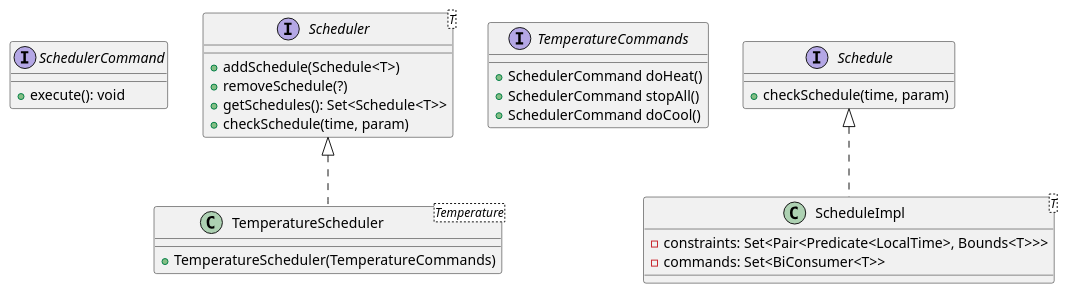
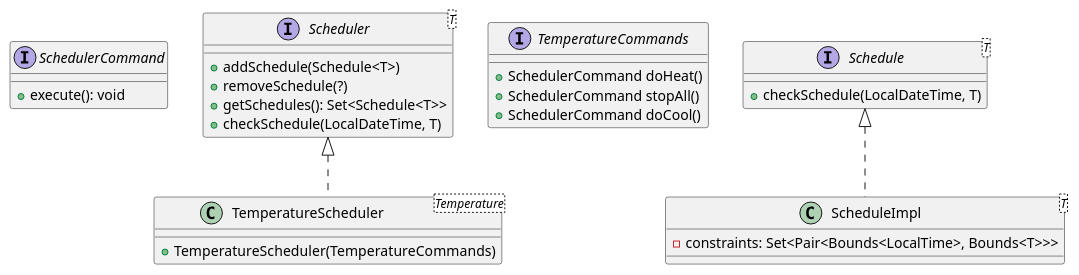
One commit to progetto-oop-22-23/OOP-report changed the diagram in uml/magnani/scheduler.plantuml. Above: the diagram before and after it, drawn with PlantUML.

Commit message:
[uml] update scheduler

```diff
--- a/uml/magnani/scheduler.plantuml
+++ b/uml/magnani/scheduler.plantuml
@@ -1,35 +1,33 @@
-@startuml
+@startuml scheduler
 
 interface SchedulerCommand {
 	+ execute(): void
 }
 
 interface Scheduler<T> {
 	+ addSchedule(Schedule<T>)
 	+ removeSchedule(?)
 	+ getSchedules(): Set<Schedule<T>>
-	+ checkSchedule(time, param)
+	+ checkSchedule(LocalDateTime, T)
 }
 
 interface TemperatureCommands {
 	+ SchedulerCommand doHeat()
 	+ SchedulerCommand stopAll()
 	+ SchedulerCommand doCool()
 }
 
 class TemperatureScheduler<Temperature> implements Scheduler {
 	+ TemperatureScheduler(TemperatureCommands)
 }
 
-interface Schedule {
-	+ checkSchedule(time, param)
+interface Schedule<T> {
+	+ checkSchedule(LocalDateTime, T)
 }
 
 class ScheduleImpl<T> implements Schedule {
-	' // - timeConstraints: Set<Predicate<LocalTime>>
-	' // - paramConstraints: Set<Predicate<T>>
-	- constraints: Set<Pair<Predicate<LocalTime>, Bounds<T>>>
-	- commands: Set<BiConsumer<T>>
+	' - constraints: Set<Pair<Predicate<LocalTime>, Bounds<T>>>
+	- constraints: Set<Pair<Bounds<LocalTime>, Bounds<T>>>
 }
 
 @enduml
```
